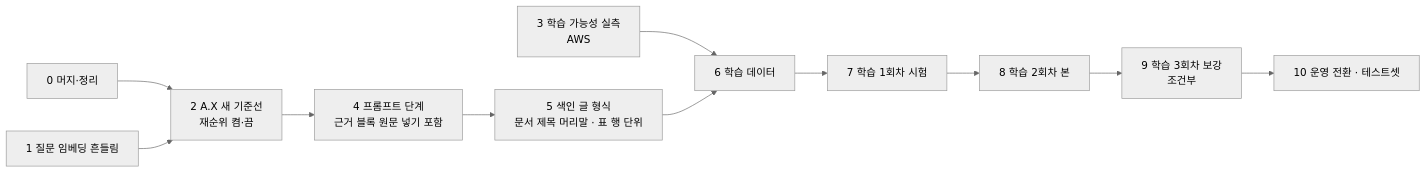
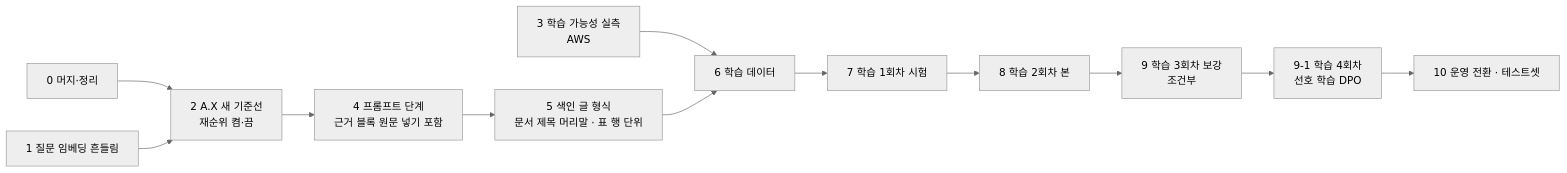
Before and after one commit to QyongGin/DocuMind: the third of 3 diagrams in docs/rag/m2/A.X-기준-계획-20261017.md, drawn with Mermaid (neutral theme). The commit also changed other lines of this file and 7 other files, not shown here.

````diff
--- a/docs/rag/m2/A.X-기준-계획-20261017.md
+++ b/docs/rag/m2/A.X-기준-계획-20261017.md
@@ -113,13 +114,14 @@
 ```mermaid
 flowchart LR
     S0[0 머지·정리] --> S2[2 A.X 새 기준선<br/>재순위 켬·끔]
     S1[1 질문 임베딩 흔들림] --> S2
     S2 --> S4[4 프롬프트 단계<br/>근거 블록 원문 넣기 포함]
     S4 --> S5[5 색인 글 형식<br/>문서 제목 머리말 · 표 행 단위]
     S3[3 학습 가능성 실측<br/>AWS] --> S6
     S5 --> S6[6 학습 데이터]
     S6 --> S7[7 학습 1회차 시험]
     S7 --> S8[8 학습 2회차 본]
     S8 --> S9[9 학습 3회차 보강<br/>조건부]
-    S9 --> S10[10 운영 전환 · 테스트셋]
+    S9 --> S91[9-1 학습 4회차<br/>선호 학습 DPO]
+    S91 --> S10[10 운영 전환 · 테스트셋]
 ```
````
